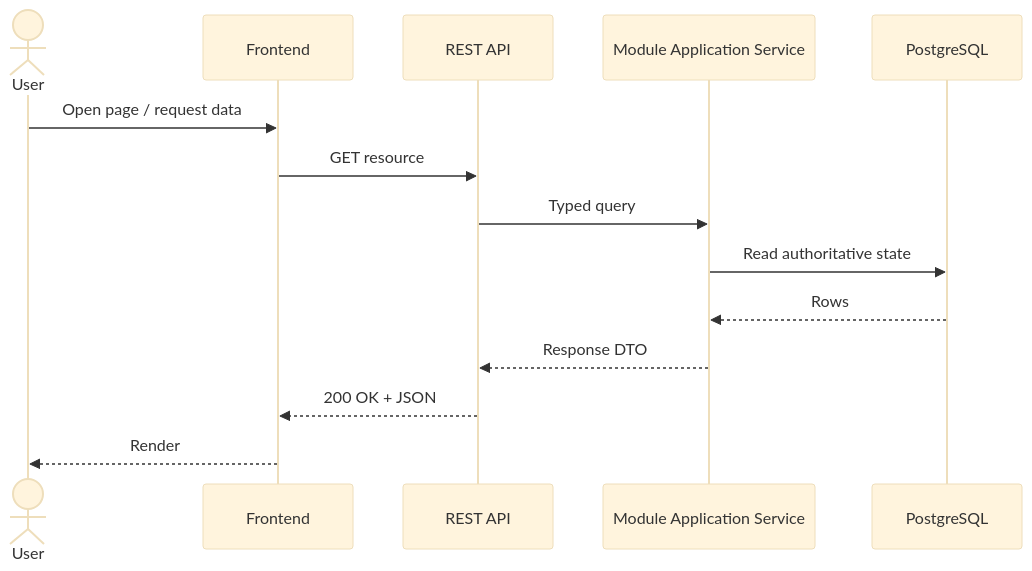
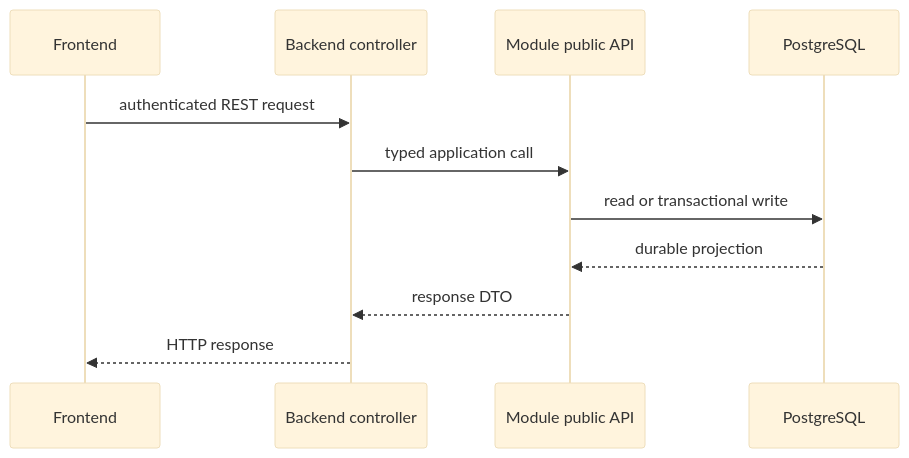
Before and after one commit to thanhdatttt/Cryptox: the first of 2 diagrams in docs/design/data-flow.md, drawn with Mermaid (base theme). The commit also changed other lines of this file and 10 other files, not shown here.

Commit message:
docs: align rubric evidence and architecture

````diff
--- a/docs/design/data-flow.md
+++ b/docs/design/data-flow.md
@@ -19,17 +7,13 @@
 ```mermaid
 sequenceDiagram
-    actor U as User
-    participant FE as Frontend
-    participant API as REST API
-    participant S as Module Application Service
-    participant PG as PostgreSQL
-
-    U->>FE: Open page / request data
-    FE->>API: GET resource
-    API->>S: Typed query
-    S->>PG: Read authoritative state
-    PG-->>S: Rows
-    S-->>API: Response DTO
-    API-->>FE: 200 OK + JSON
-    FE-->>U: Render
+  participant UI as Frontend
+  participant API as Backend controller
+  participant M as Module public API
+  participant DB as PostgreSQL
+  UI->>API: authenticated REST request
+  API->>M: typed application call
+  M->>DB: read or transactional write
+  DB-->>M: durable projection
+  M-->>API: response DTO
+  API-->>UI: HTTP response
 ```
````
